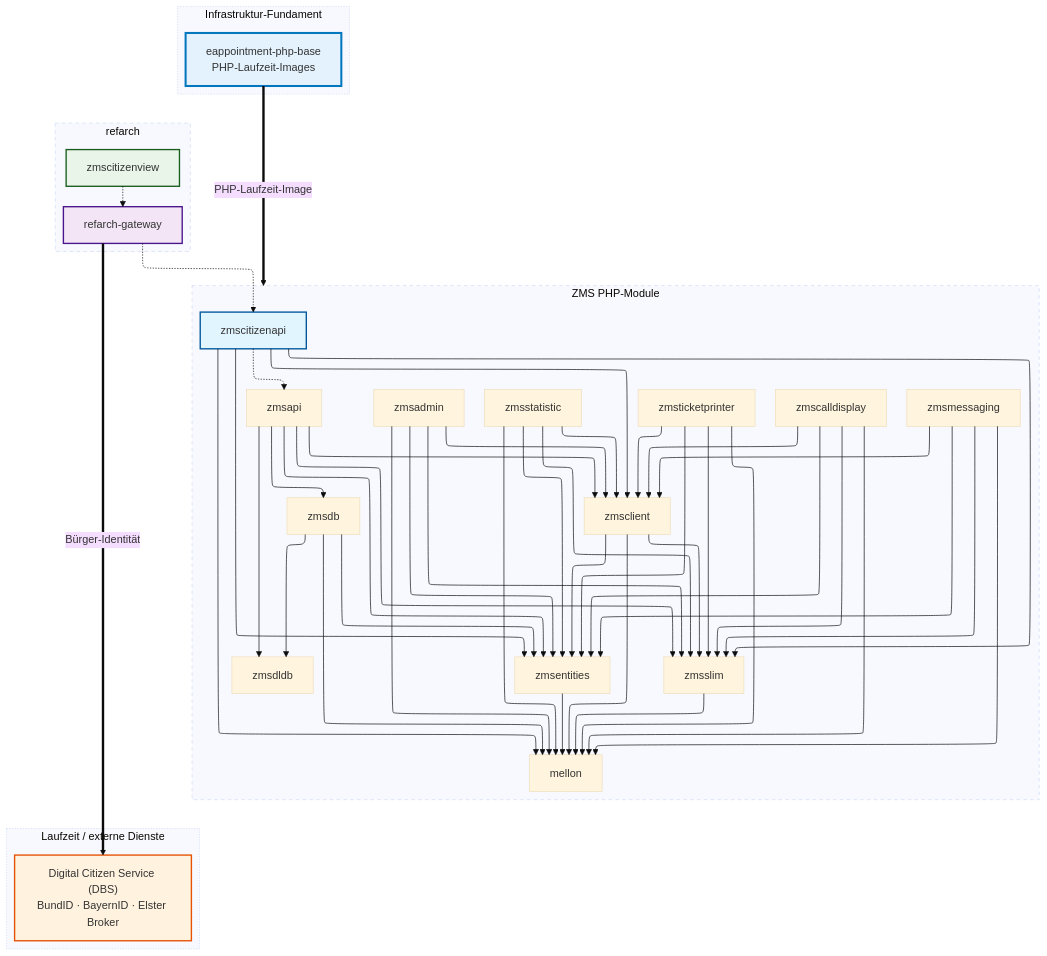
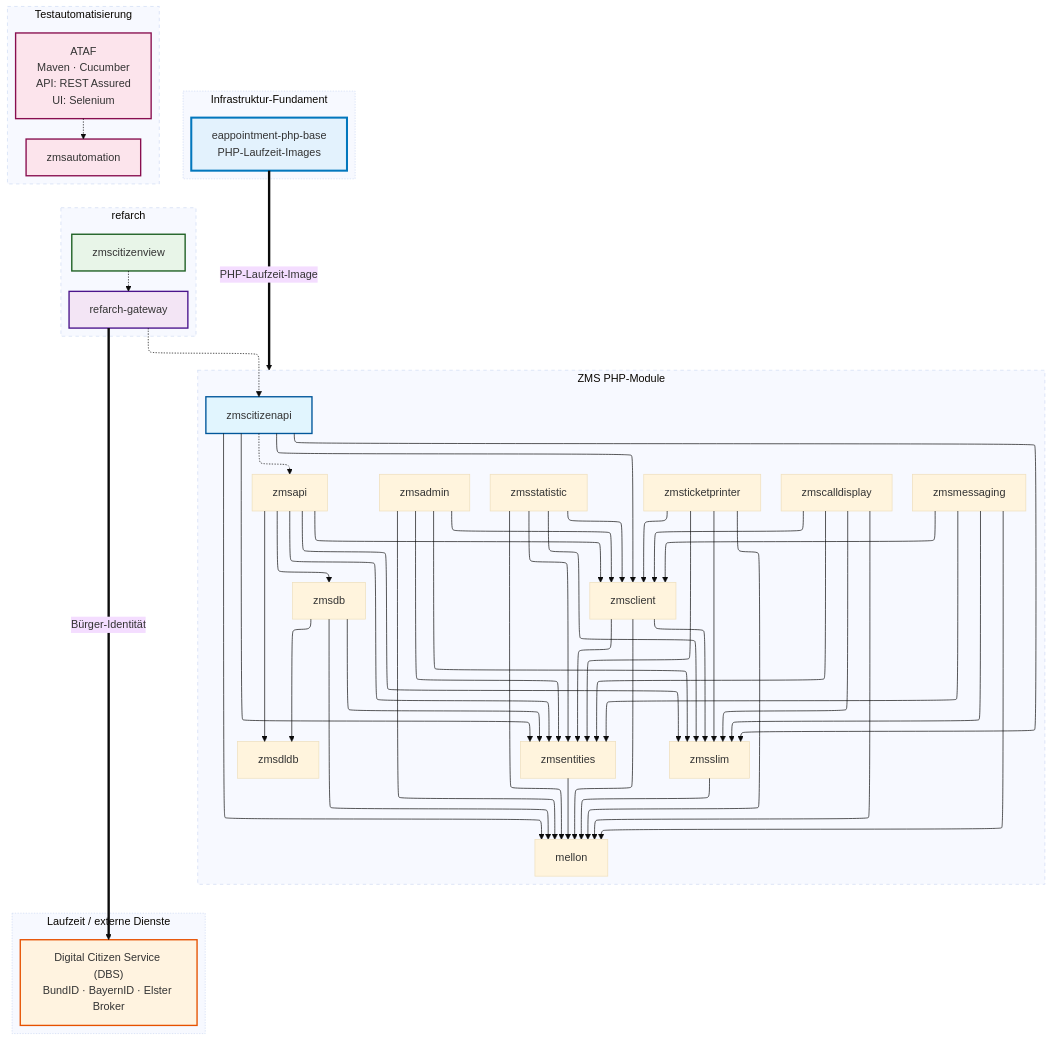
One commit to it-at-m/eappointment changed the diagram in docs/de/setup-and-development/development-rules/dependency-graph.md. Above: the diagram before and after it, drawn with Mermaid (base theme). The commit also changed other lines of this file and 1 other file, not shown here.

Commit message:
docs(ZMSKVR): extend dependency graph with zmsautomation and ATAF
Add test-automation subgraph (ATAF → zmsautomation), REST Assured vs
Selenium wording, and prose for CI/local runners. EN/DE kept in sync.

````diff
--- a/docs/de/setup-and-development/development-rules/dependency-graph.md
+++ b/docs/de/setup-and-development/development-rules/dependency-graph.md
@@ -39,6 +42,9 @@
     %% Laufzeit-/externe Dienste (dick)
     refarch-gateway ==>|Bürger-Identität| dbs;
     phpbase ==>|PHP-Laufzeit-Image| zms_modules;
+
+    %% Testautomatisierung: ATAF stellt den Stack bereit; zmsautomation nutzt ihn (Ziele: Abschnitt unten)
+    ataf -.-> zmsautomation;
 
     %% Subgraphen
     subgraph refarch [refarch]
@@ -74,16 +80,25 @@
         phpbase["eappointment-php-base<br>PHP-Laufzeit-Images"]
     end
 
+    subgraph testing [Testautomatisierung]
+        style testing stroke-dasharray: 5
+        ataf["ATAF<br>Maven · Cucumber<br>API: REST Assured<br>UI: Selenium"]
+        zmsautomation
+    end
+
     %% Stilisierung
     classDef citizenapi fill:#e1f5fe,stroke:#01579b,stroke-width:2px;
     classDef gateway fill:#f3e5f5,stroke:#4a148c,stroke-width:2px;
     classDef citizenview fill:#e8f5e8,stroke:#1b5e20,stroke-width:2px;
     classDef runtimeSvc fill:#fff3e0,stroke:#e65100,stroke-width:2px;
     classDef infra fill:#e3f2fd,stroke:#0277bd,stroke-width:3px;
+    classDef automation fill:#fce4ec,stroke:#880e4f,stroke-width:2px;
 
     class zmscitizenapi citizenapi;
     class refarch-gateway gateway;
     class zmscitizenview citizenview;
     class dbs runtimeSvc;
     class phpbase infra;
+    class zmsautomation automation;
+    class ataf automation;
 ```
````
